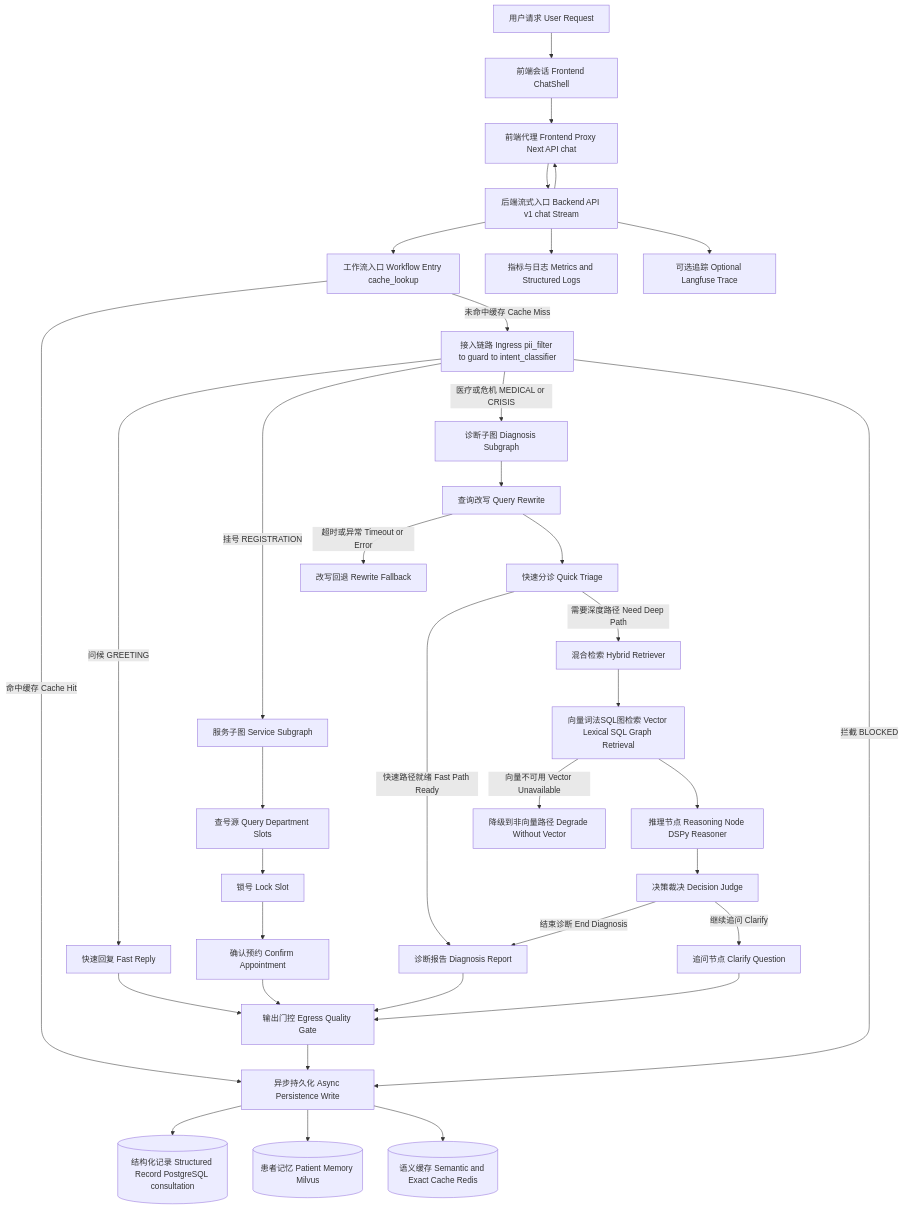
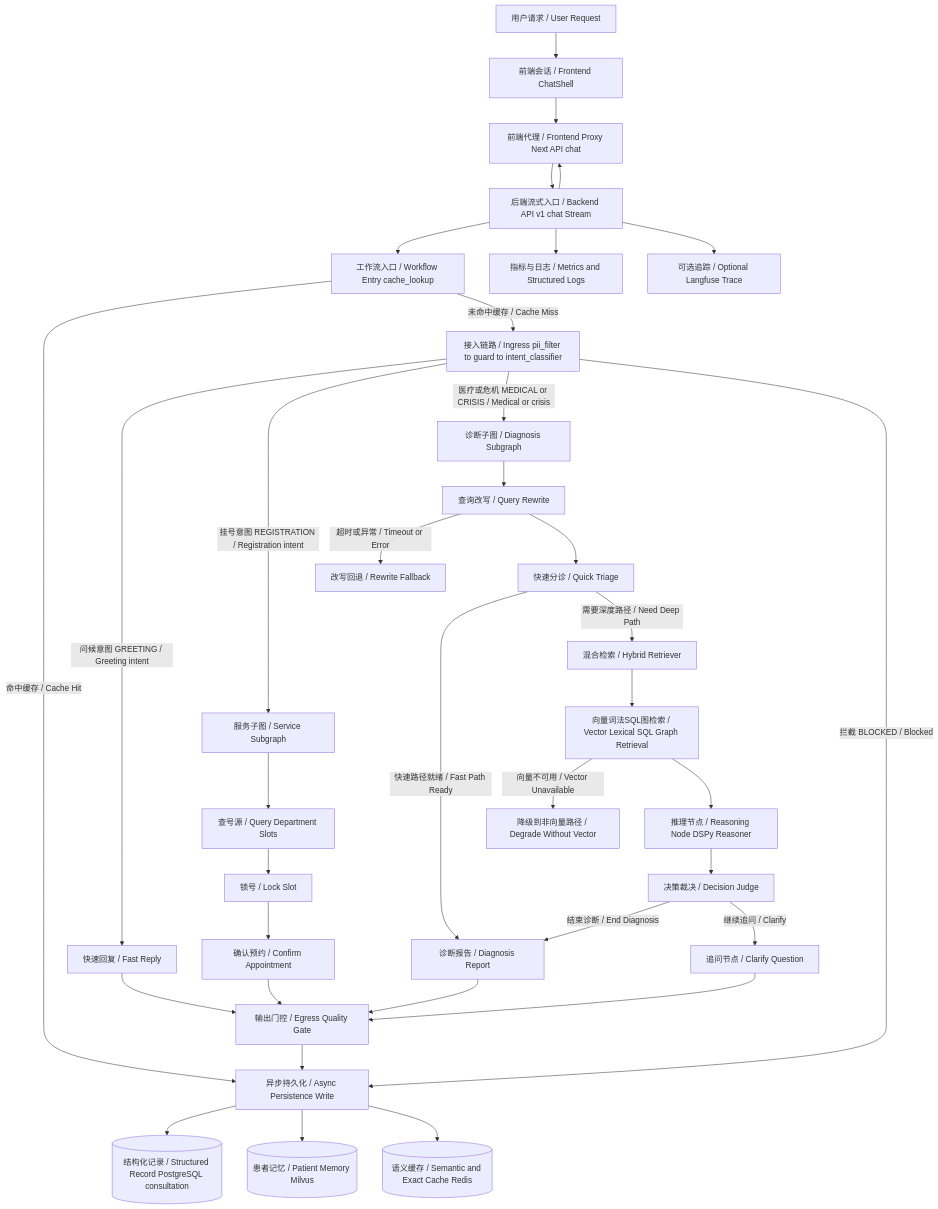
One commit to standbyme626/smart_hospital_agent changed the third of 3 diagrams in README.md. Above: the diagram before and after it, drawn with Mermaid. The commit also changed other lines of this file, not shown here.

Commit message:
docs: make all 3 Mermaid diagram contents fully bilingual

````diff
--- a/README.md
+++ b/README.md
@@ -182,46 +182,46 @@
 ```mermaid
 flowchart TD
-    A[用户请求 User Request] --> B[前端会话 Frontend ChatShell]
-    B --> C[前端代理 Frontend Proxy Next API chat]
-    C --> D[后端流式入口 Backend API v1 chat Stream]
-    D --> E[工作流入口 Workflow Entry cache_lookup]
+    A[用户请求 / User Request] --> B[前端会话 / Frontend ChatShell]
+    B --> C[前端代理 / Frontend Proxy Next API chat]
+    C --> D[后端流式入口 / Backend API v1 chat Stream]
+    D --> E[工作流入口 / Workflow Entry cache_lookup]
 
-    E -->|命中缓存 Cache Hit| P[异步持久化 Async Persistence Write]
-    E -->|未命中缓存 Cache Miss| F[接入链路 Ingress pii_filter to guard to intent_classifier]
+    E -->|命中缓存 / Cache Hit| P[异步持久化 / Async Persistence Write]
+    E -->|未命中缓存 / Cache Miss| F[接入链路 / Ingress pii_filter to guard to intent_classifier]
 
-    F -->|问候 GREETING| G1[快速回复 Fast Reply]
-    F -->|挂号 REGISTRATION| G2[服务子图 Service Subgraph]
-    F -->|医疗或危机 MEDICAL or CRISIS| G3[诊断子图 Diagnosis Subgraph]
-    F -->|拦截 BLOCKED| P
+    F -->|问候意图 GREETING / Greeting intent| G1[快速回复 / Fast Reply]
+    F -->|挂号意图 REGISTRATION / Registration intent| G2[服务子图 / Service Subgraph]
+    F -->|医疗或危机 MEDICAL or CRISIS / Medical or crisis| G3[诊断子图 / Diagnosis Subgraph]
+    F -->|拦截 BLOCKED / Blocked| P
 
-    G3 --> H1[查询改写 Query Rewrite]
-    H1 -->|超时或异常 Timeout or Error| H1F[改写回退 Rewrite Fallback]
-    H1 --> H2[快速分诊 Quick Triage]
-    H2 -->|快速路径就绪 Fast Path Ready| H6[诊断报告 Diagnosis Report]
-    H2 -->|需要深度路径 Need Deep Path| H3[混合检索 Hybrid Retriever]
+    G3 --> H1[查询改写 / Query Rewrite]
+    H1 -->|超时或异常 / Timeout or Error| H1F[改写回退 / Rewrite Fallback]
+    H1 --> H2[快速分诊 / Quick Triage]
+    H2 -->|快速路径就绪 / Fast Path Ready| H6[诊断报告 / Diagnosis Report]
+    H2 -->|需要深度路径 / Need Deep Path| H3[混合检索 / Hybrid Retriever]
 
-    H3 --> H31[向量词法SQL图检索 Vector Lexical SQL Graph Retrieval]
-    H31 -->|向量不可用 Vector Unavailable| H31F[降级到非向量路径 Degrade Without Vector]
-    H31 --> H4[推理节点 Reasoning Node DSPy Reasoner]
-    H4 --> H5[决策裁决 Decision Judge]
-    H5 -->|结束诊断 End Diagnosis| H6
-    H5 -->|继续追问 Clarify| H7[追问节点 Clarify Question]
+    H3 --> H31[向量词法SQL图检索 / Vector Lexical SQL Graph Retrieval]
+    H31 -->|向量不可用 / Vector Unavailable| H31F[降级到非向量路径 / Degrade Without Vector]
+    H31 --> H4[推理节点 / Reasoning Node DSPy Reasoner]
+    H4 --> H5[决策裁决 / Decision Judge]
+    H5 -->|结束诊断 / End Diagnosis| H6
+    H5 -->|继续追问 / Clarify| H7[追问节点 / Clarify Question]
 
-    G2 --> S1[查号源 Query Department Slots]
-    S1 --> S2[锁号 Lock Slot]
-    S2 --> S3[确认预约 Confirm Appointment]
+    G2 --> S1[查号源 / Query Department Slots]
+    S1 --> S2[锁号 / Lock Slot]
+    S2 --> S3[确认预约 / Confirm Appointment]
 
-    G1 --> O[输出门控 Egress Quality Gate]
+    G1 --> O[输出门控 / Egress Quality Gate]
     H6 --> O
     H7 --> O
     S3 --> O
     O --> P
 
-    P --> M1[(结构化记录 Structured Record PostgreSQL consultation)]
-    P --> M2[(患者记忆 Patient Memory Milvus)]
-    P --> M3[(语义缓存 Semantic and Exact Cache Redis)]
+    P --> M1[(结构化记录 / Structured Record PostgreSQL consultation)]
+    P --> M2[(患者记忆 / Patient Memory Milvus)]
+    P --> M3[(语义缓存 / Semantic and Exact Cache Redis)]
 
-    D --> X1[指标与日志 Metrics and Structured Logs]
-    D --> X2[可选追踪 Optional Langfuse Trace]
+    D --> X1[指标与日志 / Metrics and Structured Logs]
+    D --> X2[可选追踪 / Optional Langfuse Trace]
     D --> C
 ```
````
